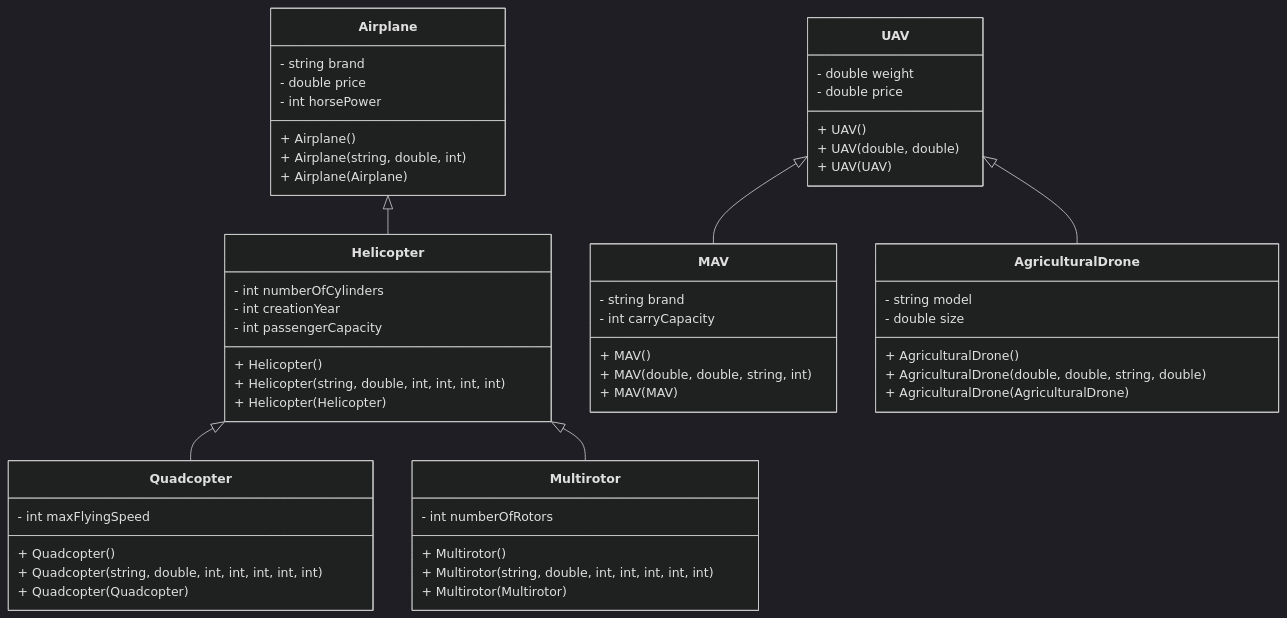
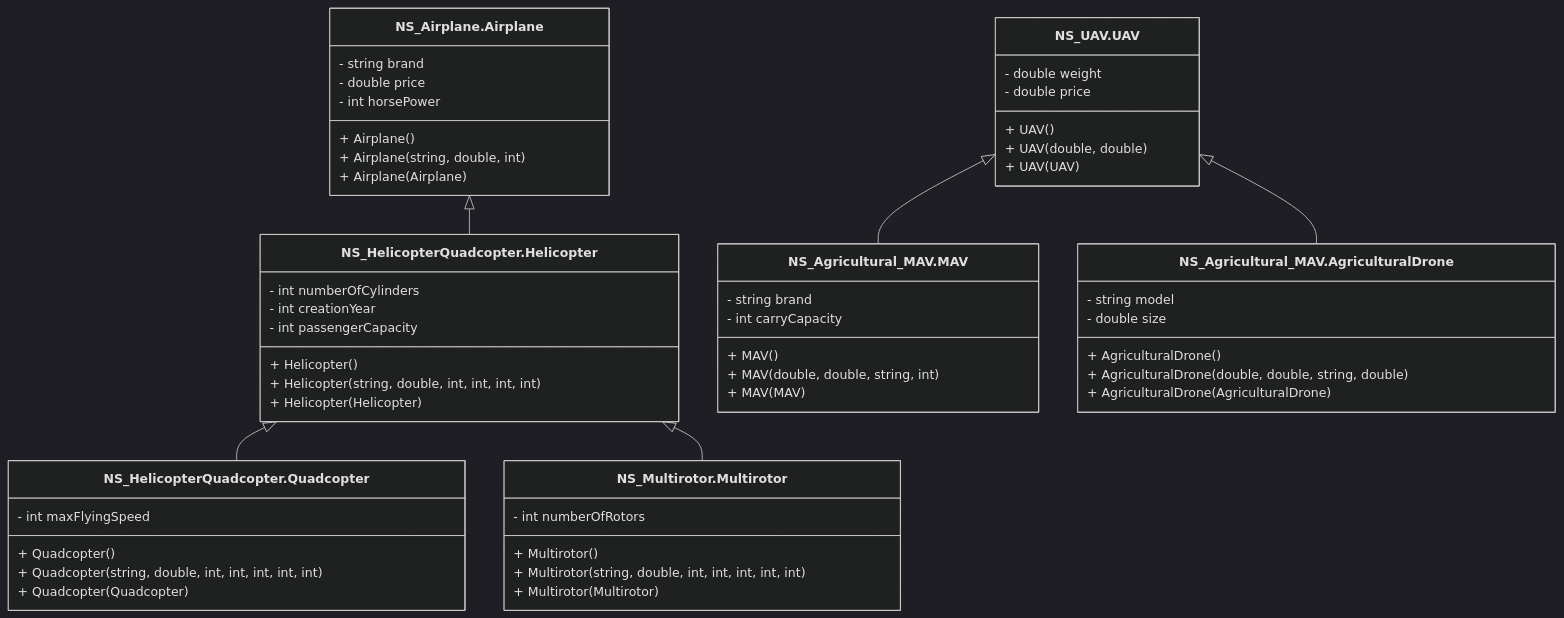
The diagram in README.md (Aoof/polymorphism-vehicles-program), drawn with Mermaid (dark theme) before and after one commit. The commit also changed other lines of this file and 7 other files, not shown here.

````diff
--- a/README.md
+++ b/README.md
@@ -19,63 +19,64 @@
 ```mermaid
 classDiagram
-    class Airplane {
-        - string brand
-        - double price
-        - int horsePower
-        + Airplane()
-        + Airplane(string, double, int)
-        + Airplane(Airplane)
-    }
+  NS_Airplane.Airplane <|-- NS_HelicopterQuadcopter.Helicopter
+  NS_HelicopterQuadcopter.Helicopter <|-- NS_HelicopterQuadcopter.Quadcopter
+  NS_HelicopterQuadcopter.Helicopter <|-- NS_Multirotor.Multirotor
+  NS_UAV.UAV <|-- NS_Agricultural_MAV.MAV
+  NS_UAV.UAV <|-- NS_Agricultural_MAV.AgriculturalDrone
 
-    class Helicopter {
-        - int numberOfCylinders
-        - int creationYear
-        - int passengerCapacity
-        + Helicopter()
-        + Helicopter(string, double, int, int, int, int)
-        + Helicopter(Helicopter)
-    }
-    Airplane <|-- Helicopter
+  class NS_Airplane.Airplane {
+    - string brand
+    - double price
+    - int horsePower
+    + Airplane()
+    + Airplane(string, double, int)
+    + Airplane(Airplane)
+  }
 
-    class Quadcopter {
-        - int maxFlyingSpeed
-        + Quadcopter()
-        + Quadcopter(string, double, int, int, int, int, int)
-        + Quadcopter(Quadcopter)
-    }
-    Helicopter <|-- Quadcopter
+  class NS_HelicopterQuadcopter.Helicopter {
+    - int numberOfCylinders
+    - int creationYear
+    - int passengerCapacity
+    + Helicopter()
+    + Helicopter(string, double, int, int, int, int)
+    + Helicopter(Helicopter)
+  }
 
-    class Multirotor {
-        - int numberOfRotors
-        + Multirotor()
-        + Multirotor(string, double, int, int, int, int, int)
-        + Multirotor(Multirotor)
-    }
-    Helicopter <|-- Multirotor
+  class NS_HelicopterQuadcopter.Quadcopter {
+    - int maxFlyingSpeed
+    + Quadcopter()
+    + Quadcopter(string, double, int, int, int, int, int)
+    + Quadcopter(Quadcopter)
+  }
 
-    class UAV {
-        - double weight
-        - double price
-        + UAV()
-        + UAV(double, double)
-        + UAV(UAV)
-    }
+  class NS_Multirotor.Multirotor {
+    - int numberOfRotors
+    + Multirotor()
+    + Multirotor(string, double, int, int, int, int, int)
+    + Multirotor(Multirotor)
+  }
 
-    class MAV {
-        - string brand
-        - int carryCapacity
-        + MAV()
-        + MAV(double, double, string, int)
-        + MAV(MAV)
-    }
-    UAV <|-- MAV
+  class NS_UAV.UAV {
+    - double weight
+    - double price
+    + UAV()
+    + UAV(double, double)
+    + UAV(UAV)
+  }
 
-    class AgriculturalDrone {
-        - string model
-        - double size
-        + AgriculturalDrone()
-        + AgriculturalDrone(double, double, string, double)
-        + AgriculturalDrone(AgriculturalDrone)
-    }
-    UAV <|-- AgriculturalDrone
+  class NS_Agricultural_MAV.MAV {
+    - string brand
+    - int carryCapacity
+    + MAV()
+    + MAV(double, double, string, int)
+    + MAV(MAV)
+  }
+
+  class NS_Agricultural_MAV.AgriculturalDrone {
+    - string model
+    - double size
+    + AgriculturalDrone()
+    + AgriculturalDrone(double, double, string, double)
+    + AgriculturalDrone(AgriculturalDrone)
+  }
 ```
````
